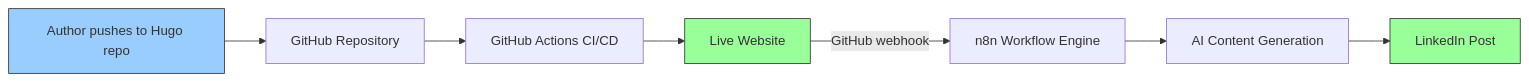
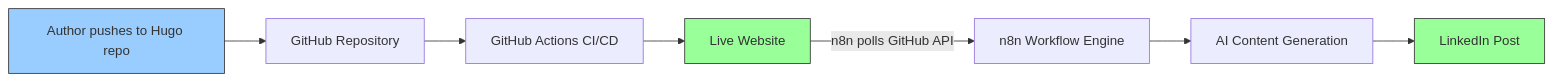
The first of 7 diagrams in docs/architecture.md (thatsmeadarsh/n8n-powered-auto-web-publish), drawn with Mermaid before and after one commit. The commit also changed other lines of this file and 4 other files, not shown here.

````diff
--- a/docs/architecture.md
+++ b/docs/architecture.md
@@ -11,13 +11,13 @@
 ```mermaid
 graph LR
     A["Author pushes to Hugo repo"] --> C["GitHub Repository"]
     C --> E["GitHub Actions CI/CD"]
     E --> F["Live Website"]
-    F -->|"GitHub webhook"| D["n8n Workflow Engine"]
+    F -->|"n8n polls GitHub API"| D["n8n Workflow Engine"]
     D --> G["AI Content Generation"]
     G --> H["LinkedIn Post"]
 
     style A fill:#99ccff,stroke:#333
     style F fill:#99ff99,stroke:#333
     style H fill:#99ff99,stroke:#333
 ```
````
